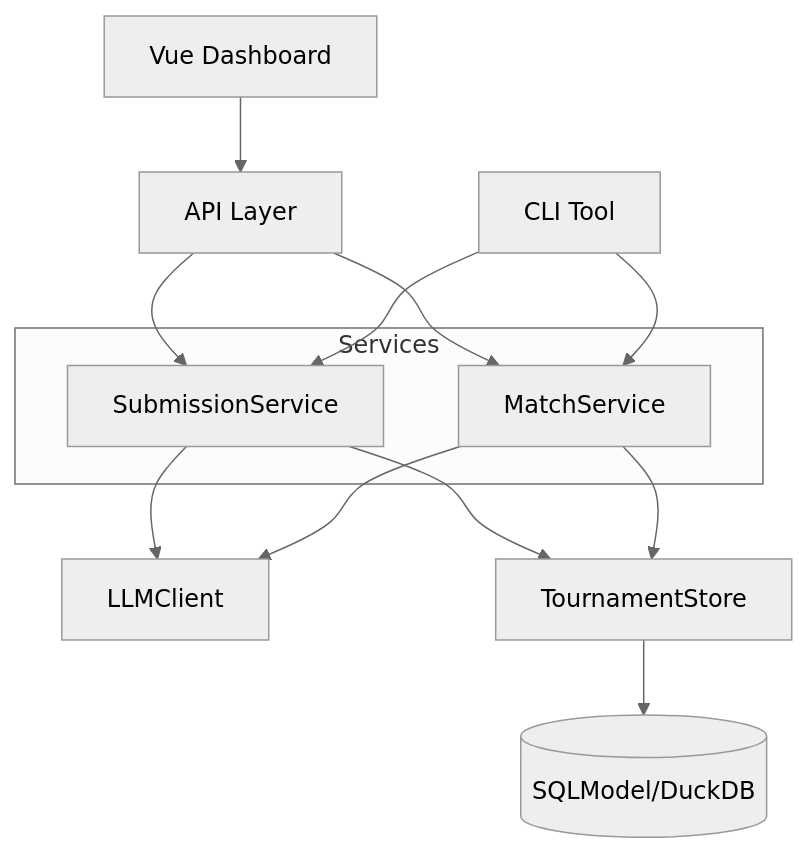
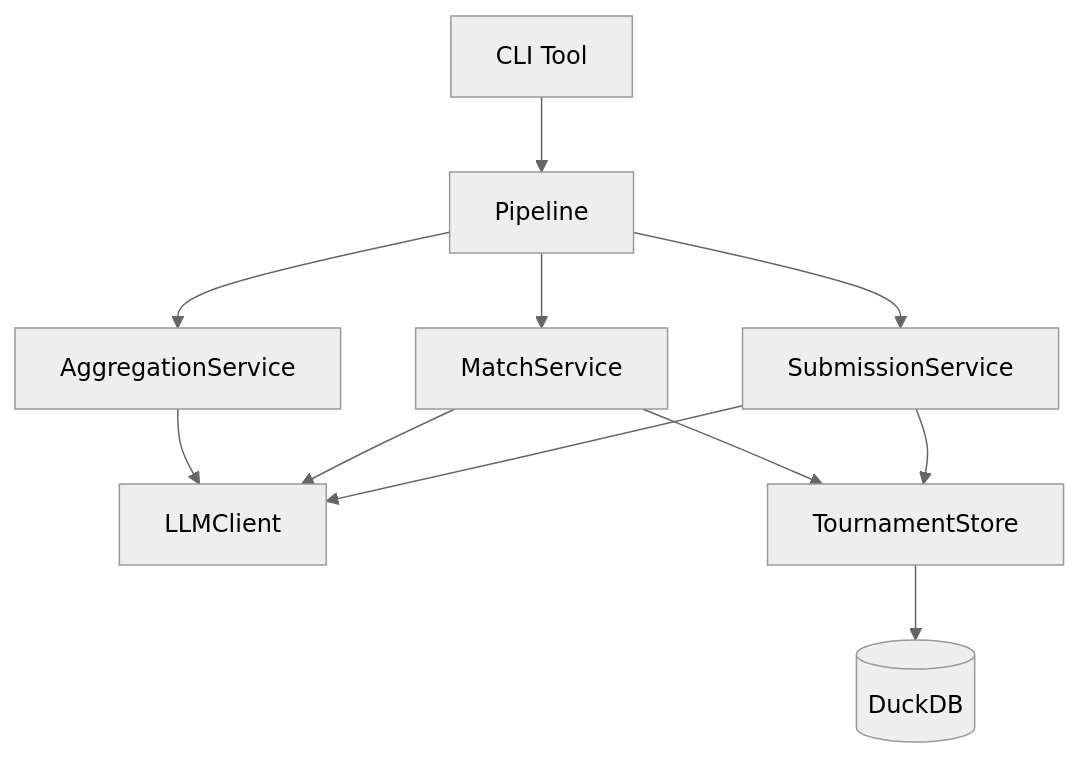
One commit to adevol/LLMtournament changed the diagram in README.md. Above: the diagram before and after it, drawn with Mermaid (neutral theme). The commit also changed other lines of this file and 1 other file, not shown here.

````diff
--- a/README.md
+++ b/README.md
@@ -161,22 +127,15 @@
 ```mermaid
 graph TD
-    Dashboard[Vue Dashboard] --> API[API Layer]
-    API --> S_Sub
-    API --> S_Match
-
-    CLI[CLI Tool] --> S_Sub
-    CLI --> S_Match
-
-    subgraph Services
-        S_Sub[SubmissionService]
-        S_Match[MatchService]
-    end
+    CLI[CLI Tool] --> Pipeline[Pipeline]
+    Pipeline --> S_Sub[SubmissionService]
+    Pipeline --> S_Match[MatchService]
+    Pipeline --> S_Agg[AggregationService]
 
     S_Sub --> LLM[LLMClient]
     S_Match --> LLM
+    S_Agg --> LLM
 
     S_Sub --> Store[TournamentStore]
     S_Match --> Store
-    Store --> DB[(SQLModel/DuckDB)]
-
+    Store --> DB[(DuckDB)]
 ```
````
